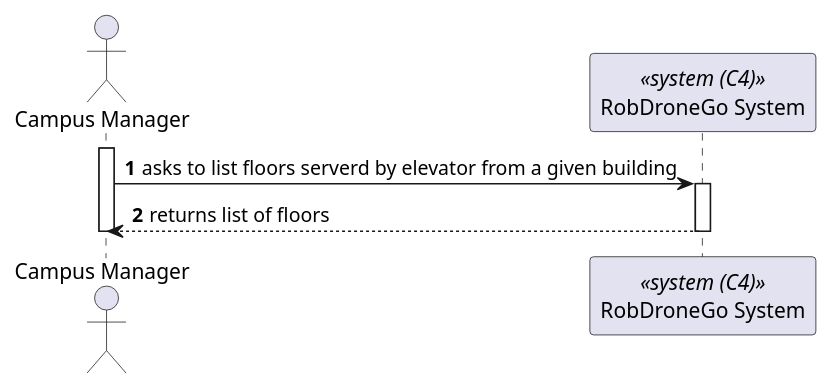
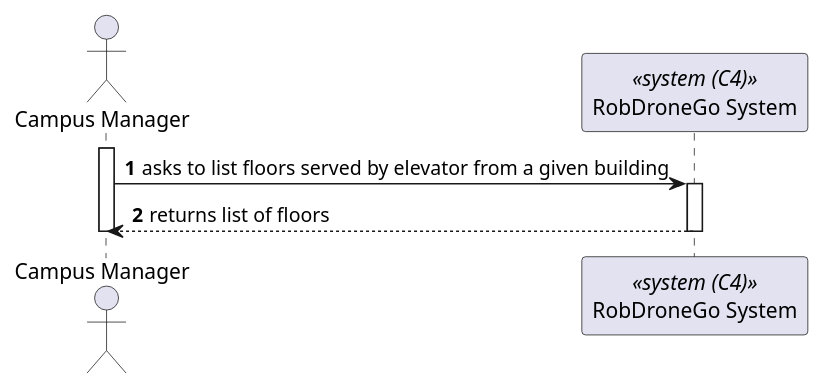
The diagram in _wiki/sprint-a/us16-300/views/level-1/process-view.puml (miseEnPlace-dev/lapr5), drawn with PlantUML before and after one commit. The commit also changed 2 other files, not shown here.

Commit message:
docs(300): updated views diagrams

```diff
--- a/_wiki/sprint-a/us16-300/views/level-1/process-view.puml
+++ b/_wiki/sprint-a/us16-300/views/level-1/process-view.puml
@@ -1,17 +1,17 @@
 @startuml process-view
 autonumber
 
 actor CM as "Campus Manager"
 participant SYS as "RobDroneGo System" <<system (C4)>>
 
 activate CM
 
-CM -> SYS : asks to list floors serverd by elevator from a given building
+CM -> SYS : asks to list floors served by elevator from a given building
 activate SYS
 
 CM <-- SYS : returns list of floors
 deactivate SYS
 
 deactivate CM
 
 @enduml
```
